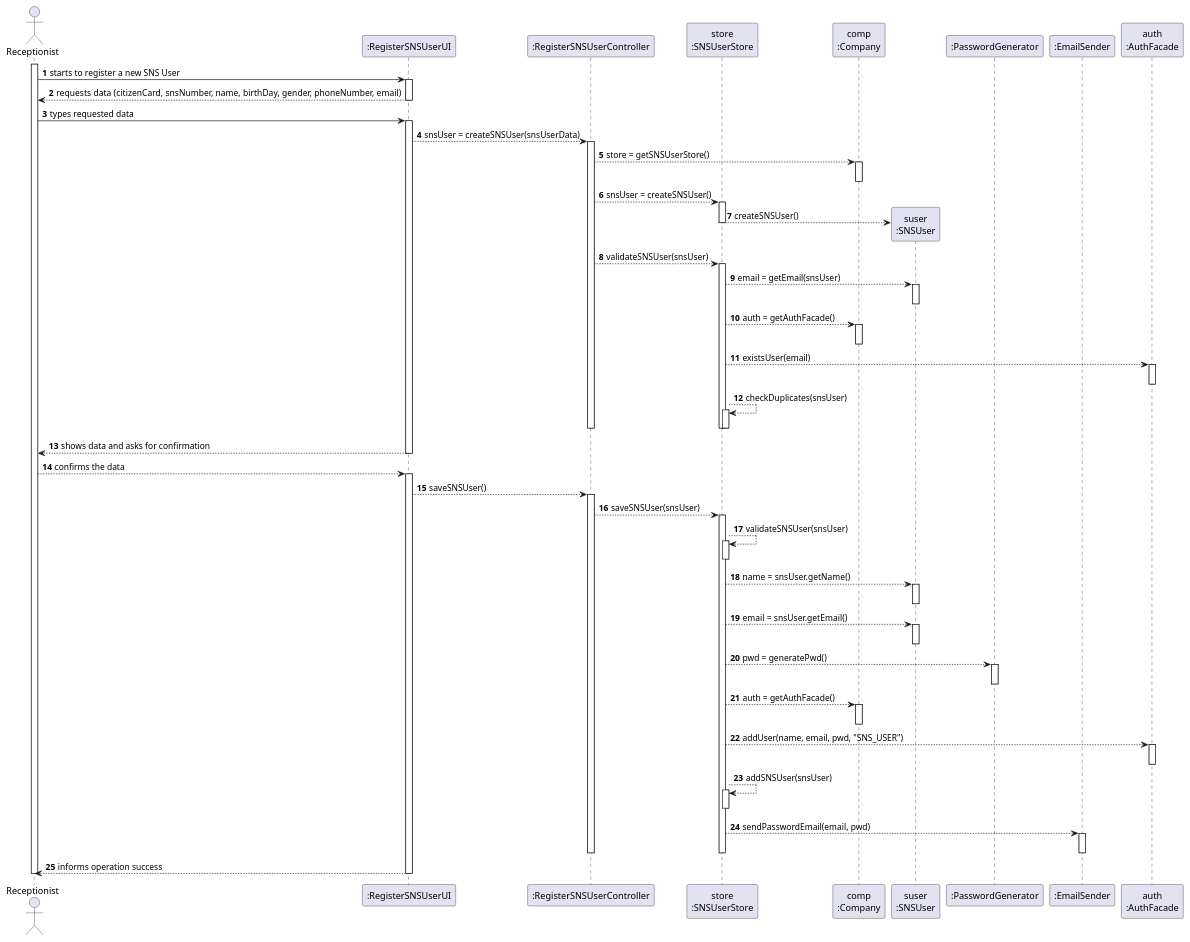
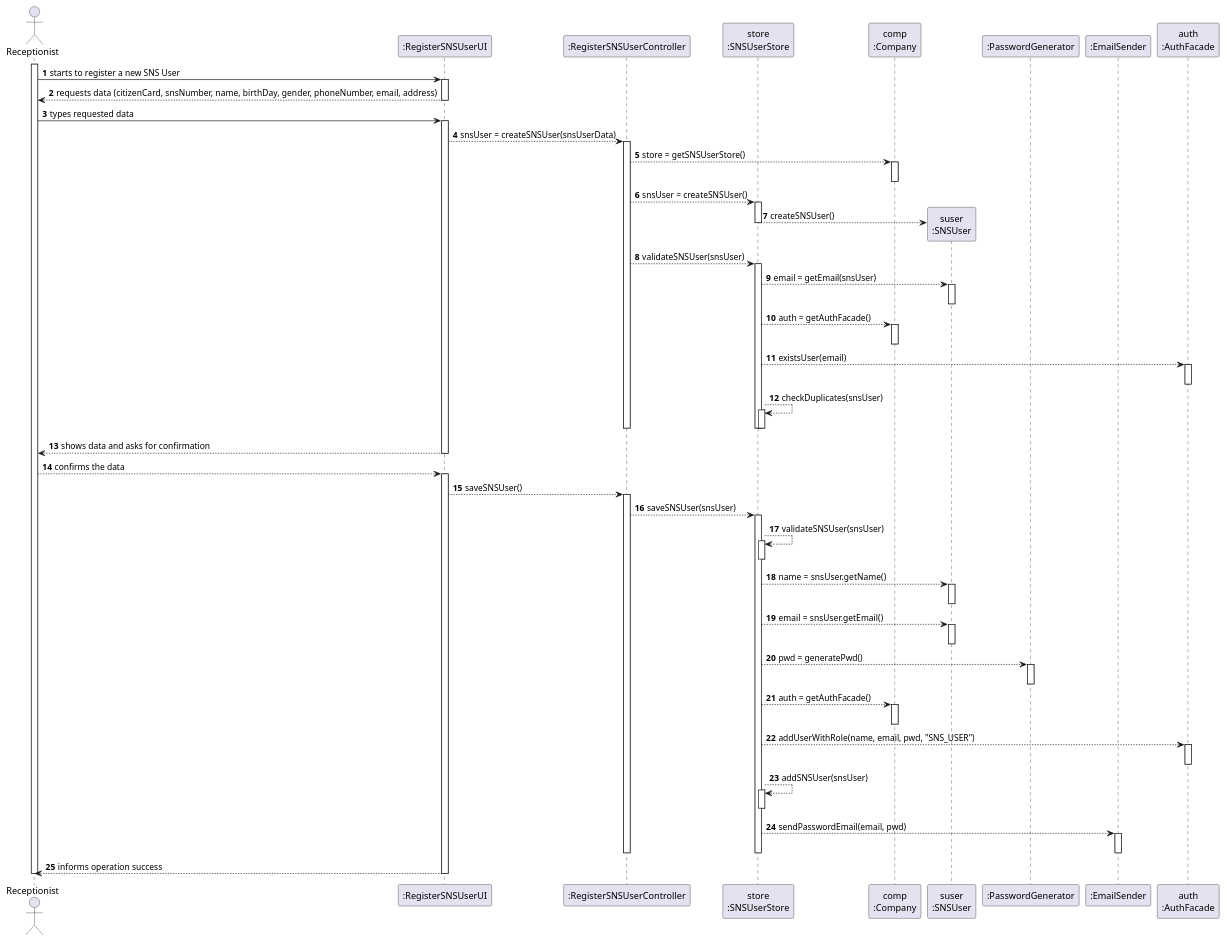
One commit to miseEnPlace-i/lapr2 changed the diagram in docs/SprintB/US03/SD/US03_SD.puml. Above: the diagram before and after it, drawn with PlantUML. The commit also changed 6 other files, not shown here.

```diff
--- a/docs/SprintB/US03/SD/US03_SD.puml
+++ b/docs/SprintB/US03/SD/US03_SD.puml
@@ -1,113 +1,113 @@
 @startuml Sequence Diagram
 autonumber
 'hide footbox
 actor "Receptionist" as RECEPT
 
 participant ":RegisterSNSUserUI" as UI
 participant ":RegisterSNSUserController" as CTRL
 participant "store\n:SNSUserStore" as STORE
 participant "comp\n:Company" as COMP
 participant "suser\n:SNSUser" as SUSER
 participant ":PasswordGenerator" as PWDGEN
 participant ":EmailSender" as EMAIL
 participant "auth\n:AuthFacade" as AUTH
 
 activate RECEPT
 RECEPT -> UI : starts to register a new SNS User
 activate UI
-UI --> RECEPT : requests data (citizenCard, snsNumber, name, birthDay, gender, phoneNumber, email)
+UI --> RECEPT : requests data (citizenCard, snsNumber, name, birthDay, gender, phoneNumber, email, address)
 deactivate UI
 
 RECEPT -> UI : types requested data
 activate UI
 
 UI --> CTRL : snsUser = createSNSUser(snsUserData)
 activate CTRL
 
 CTRL --> COMP : store = getSNSUserStore()
 activate COMP
 deactivate COMP
 
 CTRL --> STORE : snsUser = createSNSUser()
 activate STORE
 
 STORE --> SUSER** : createSNSUser()
 
 deactivate STORE
 
 CTRL --> STORE : validateSNSUser(snsUser)
 activate STORE
 
 STORE --> SUSER : email = getEmail(snsUser)
 activate SUSER
 deactivate SUSER
 
 STORE --> COMP : auth = getAuthFacade()
 activate COMP
 deactivate COMP
 
 STORE --> AUTH : existsUser(email)
 activate AUTH
 deactivate AUTH
 
 STORE --> STORE : checkDuplicates(snsUser)
 activate STORE
 deactivate STORE
 
 deactivate STORE
 deactivate CTRL
 
 UI --> RECEPT : shows data and asks for confirmation
 deactivate UI
 
 
 RECEPT --> UI : confirms the data
 activate UI
 
 UI --> CTRL : saveSNSUser()
 activate CTRL
 
 CTRL --> STORE : saveSNSUser(snsUser)
 activate STORE
 
 STORE --> STORE : validateSNSUser(snsUser)
 activate STORE
 deactivate STORE
 
 STORE --> SUSER : name = snsUser.getName()
 activate SUSER
 deactivate SUSER
 
 STORE --> SUSER : email = snsUser.getEmail()
 activate SUSER
 deactivate SUSER
 
 STORE --> PWDGEN : pwd = generatePwd()
 activate PWDGEN
 deactivate PWDGEN
 
 STORE --> COMP : auth = getAuthFacade()
 activate COMP
 deactivate COMP
 
-STORE --> AUTH : addUser(name, email, pwd, "SNS_USER")
+STORE --> AUTH : addUserWithRole(name, email, pwd, "SNS_USER")
 activate AUTH
 deactivate AUTH
 
 STORE --> STORE : addSNSUser(snsUser)
 activate STORE
 deactivate STORE
 
 STORE --> EMAIL : sendPasswordEmail(email, pwd)
 activate EMAIL
 deactivate EMAIL
 
 deactivate STORE
 deactivate CTRL
 
 UI --> RECEPT : informs operation success
 deactivate UI
 
 deactivate RECEPT
 
 @enduml
```
